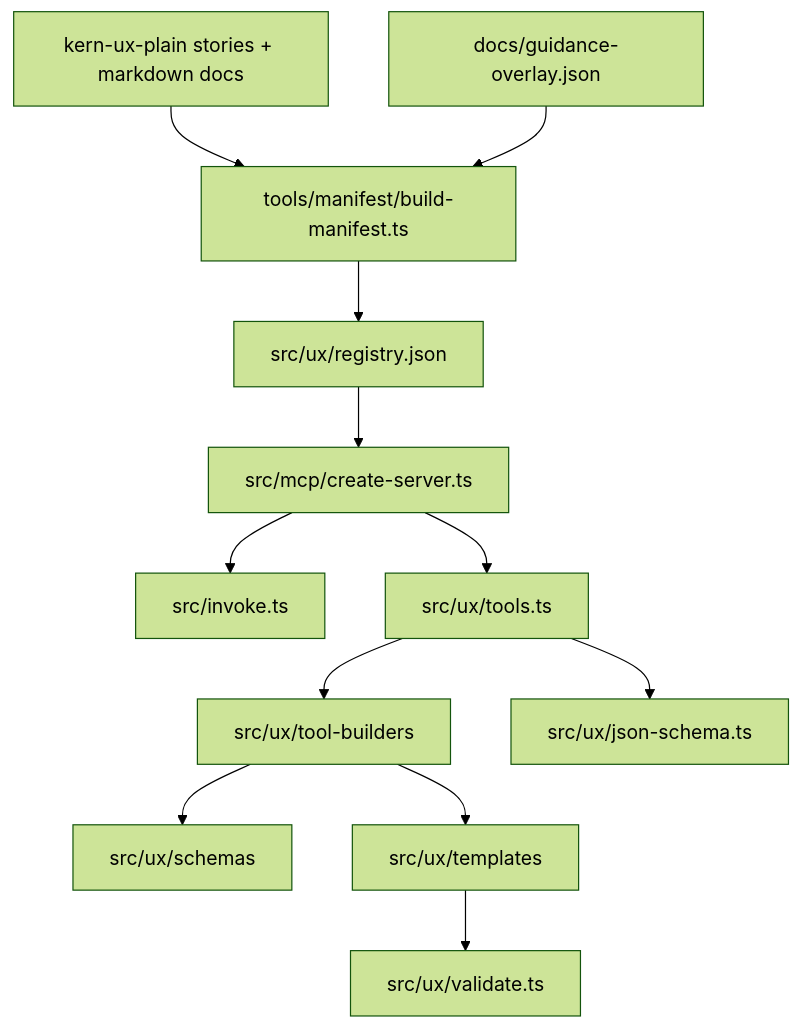
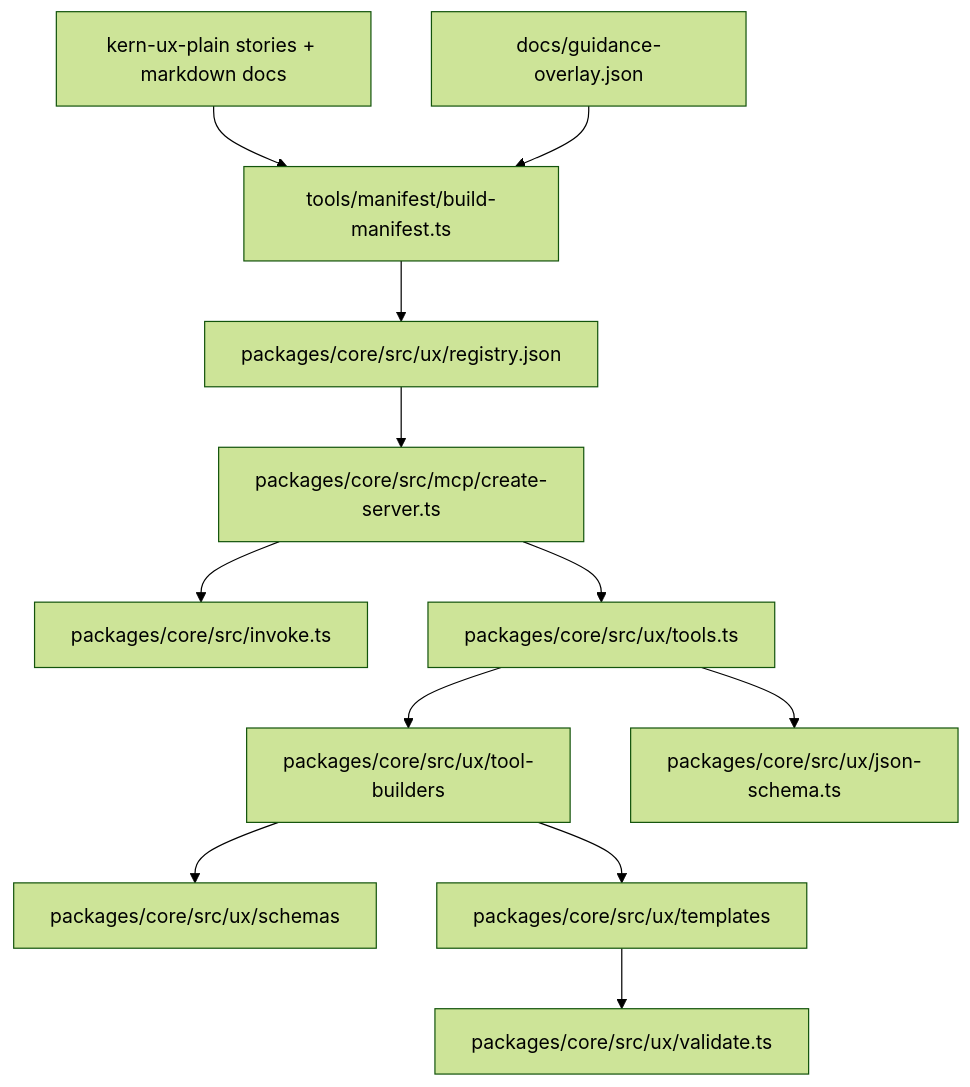
The diagram in docs/codebase-guide.md (leonio/kern-ux-mcp), drawn with Mermaid (forest theme) before and after one commit. The commit also changed other lines of this file and 217 other files, not shown here.

````diff
--- a/docs/codebase-guide.md
+++ b/docs/codebase-guide.md
@@ -9,14 +9,14 @@
 ```mermaid
 flowchart TD
   A[kern-ux-plain stories + markdown docs] --> B[tools/manifest/build-manifest.ts]
   C[docs/guidance-overlay.json] --> B
-  B --> D[src/ux/registry.json]
-  D --> E[src/mcp/create-server.ts]
-  E --> P[src/invoke.ts]
-  E --> F[src/ux/tools.ts]
-  F --> G[src/ux/tool-builders]
-  G --> H[src/ux/schemas]
-  G --> I[src/ux/templates]
-  F --> J[src/ux/json-schema.ts]
-  I --> K[src/ux/validate.ts]
+  B --> D[packages/core/src/ux/registry.json]
+  D --> E[packages/core/src/mcp/create-server.ts]
+  E --> P[packages/core/src/invoke.ts]
+  E --> F[packages/core/src/ux/tools.ts]
+  F --> G[packages/core/src/ux/tool-builders]
+  G --> H[packages/core/src/ux/schemas]
+  G --> I[packages/core/src/ux/templates]
+  F --> J[packages/core/src/ux/json-schema.ts]
+  I --> K[packages/core/src/ux/validate.ts]
 ```
````
